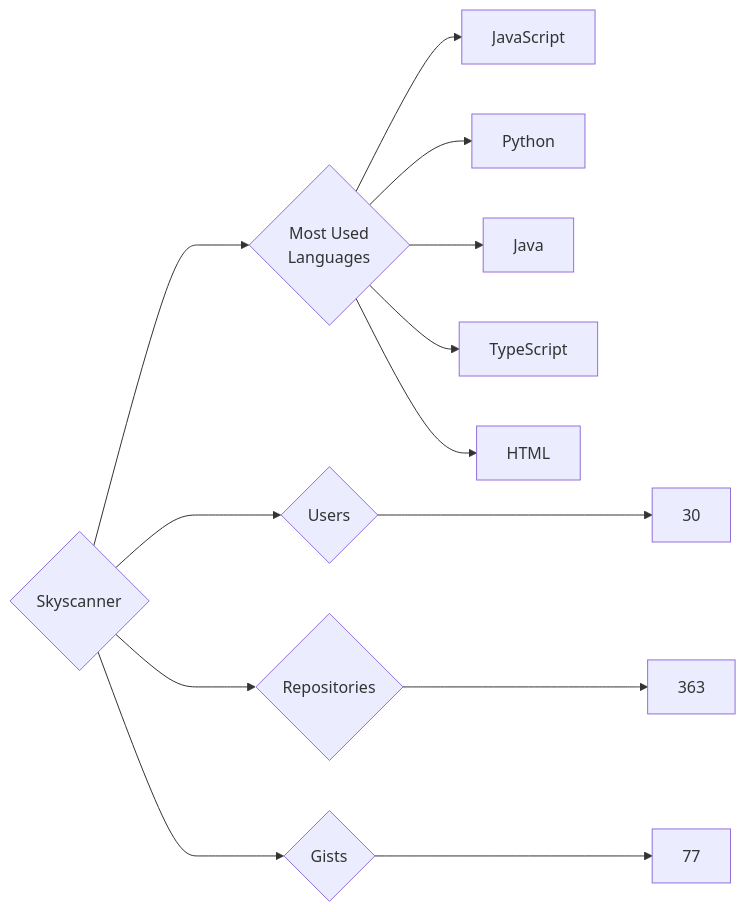
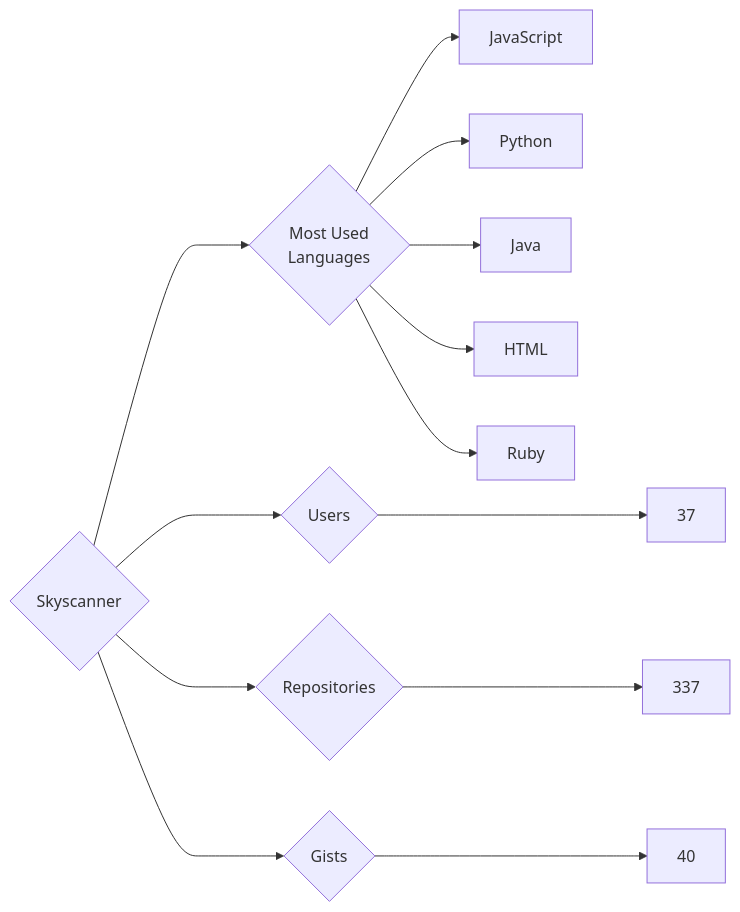
Before and after one commit to trickest/insiders: the diagram in targets/Skyscanner/README.md, drawn with Mermaid. The commit also changed 860 other files, not shown here.

````diff
--- a/targets/Skyscanner/README.md
+++ b/targets/Skyscanner/README.md
@@ -3,13 +3,13 @@
 ```mermaid
 graph LR
 COMPANY_NAME{Skyscanner}
-COMPANY_NAME ---> U{Users} ---> UN[30]
-COMPANY_NAME ---> R{Repositories} ---> RN[363]
-COMPANY_NAME ---> G{Gists} ---> GN[77]
+COMPANY_NAME ---> U{Users} ---> UN[37]
+COMPANY_NAME ---> R{Repositories} ---> RN[337]
+COMPANY_NAME ---> G{Gists} ---> GN[40]
 COMPANY_NAME ---> ML{Most Used<br>Languages}
 ML --> JavaScript[JavaScript]
 ML --> Python[Python]
 ML --> Java[Java]
-ML --> TypeScript[TypeScript]
 ML --> HTML[HTML]
+ML --> Ruby[Ruby]
 ```
````
